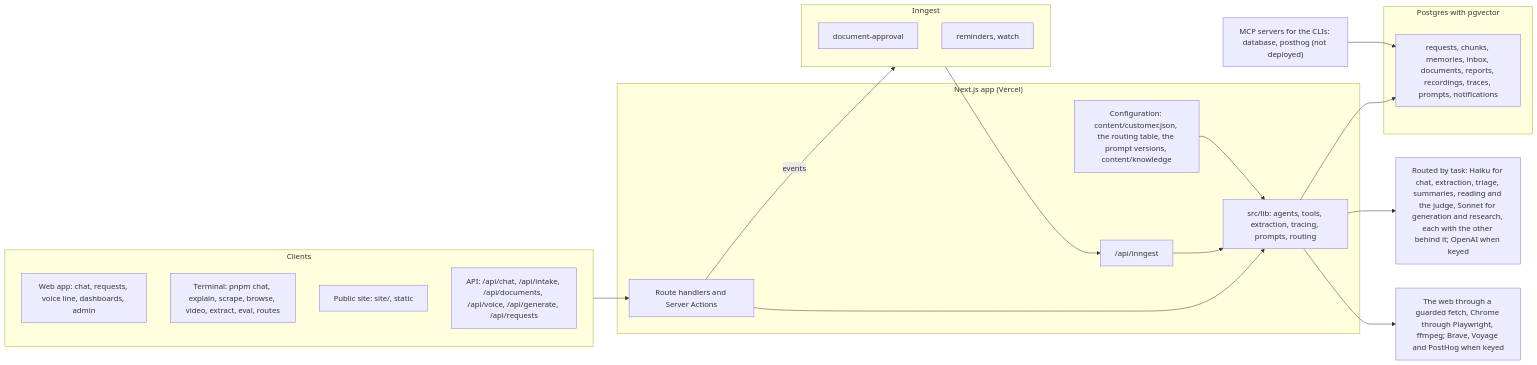
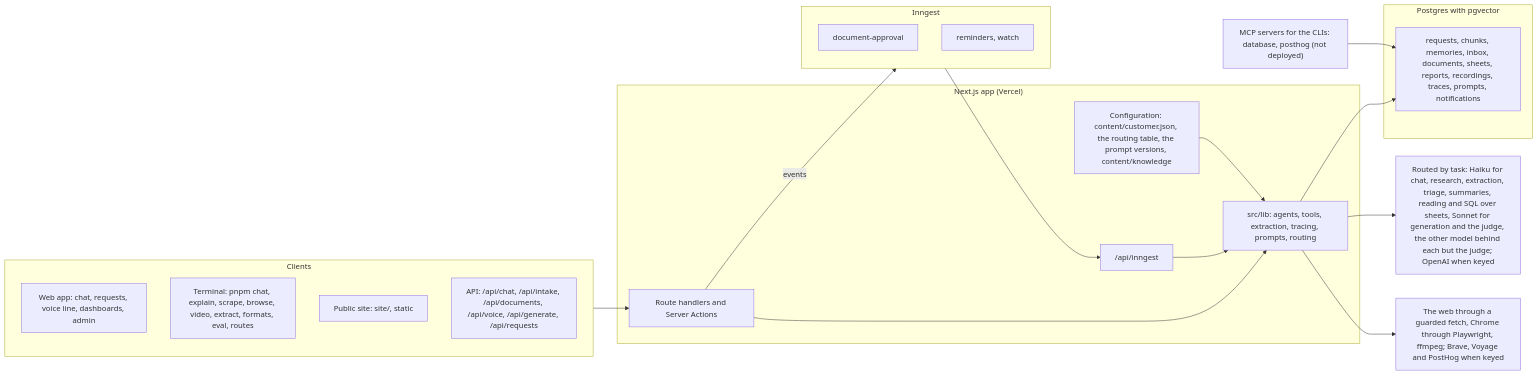
One commit to anusheel/workbot changed the diagram in docs/architecture.md. Above: the diagram before and after it, drawn with Mermaid. The commit also changed other lines of this file and 7 other files, not shown here.

````diff
--- a/docs/architecture.md
+++ b/docs/architecture.md
@@ -7,31 +7,31 @@
 ```mermaid
 flowchart LR
   subgraph clients [Clients]
     web["Web app: chat, requests, voice line, dashboards, admin"]
-    cli["Terminal: pnpm chat, explain, scrape, browse, video, extract, eval, routes"]
+    cli["Terminal: pnpm chat, explain, scrape, browse, video, extract, formats, eval, routes"]
     site["Public site: site/, static"]
     api["API: /api/chat, /api/intake, /api/documents, /api/voice, /api/generate, /api/requests"]
   end
   subgraph app ["Next.js app (Vercel)"]
     routes["Route handlers and Server Actions"]
     lib["src/lib: agents, tools, extraction, tracing, prompts, routing"]
     serve["/api/inngest"]
     config["Configuration: content/customer.json, the routing table, the prompt versions, content/knowledge"]
   end
   mcp["MCP servers for the CLIs: database, posthog (not deployed)"]
   subgraph engine ["Inngest"]
     approval["document-approval"]
     crons["reminders, watch"]
   end
   subgraph data ["Postgres with pgvector"]
-    tables["requests, chunks, memories, inbox, documents, reports, recordings, traces, prompts, notifications"]
+    tables["requests, chunks, memories, inbox, documents, sheets, reports, recordings, traces, prompts, notifications"]
   end
-  models["Routed by task: Haiku for chat, extraction, triage, summaries, reading and the judge, Sonnet for generation and research, each with the other behind it; OpenAI when keyed"]
+  models["Routed by task: Haiku for chat, research, extraction, triage, summaries, reading and SQL over sheets, Sonnet for generation and the judge, the other model behind each but the judge; OpenAI when keyed"]
   outside["The web through a guarded fetch, Chrome through Playwright, ffmpeg; Brave, Voyage and PostHog when keyed"]
   clients --> routes --> lib --> models
   lib --> tables
   routes -- events --> engine --> serve --> lib
   lib --> outside
   config --> lib
   mcp --> tables
 ```
````
